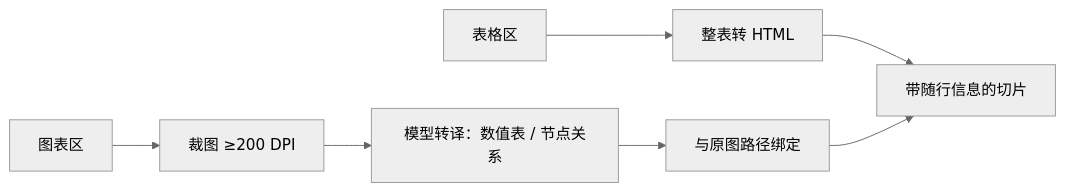
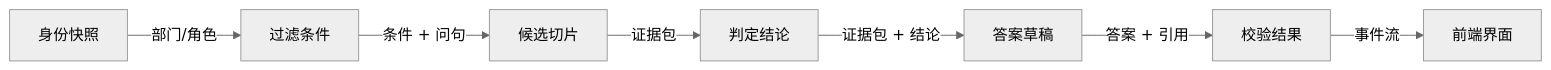
Before and after one commit to kvchen95/ai-rag: the second of 15 diagrams in 详细设计.md, drawn with Mermaid (neutral theme). The commit also changed other lines of this file, not shown here.

Commit message:
docs: 重写详细设计文档，按架构图集与概要设计细化

````diff
--- a/详细设计.md
+++ b/详细设计.md
@@ -208,9 +34,9 @@
 ```mermaid
 flowchart LR
-    T["表格区"] --> H["整表转 HTML"]
-    F["图表区"] --> C["裁图 ≥200 DPI"]
-    C --> V["模型转译：数值表 / 节点关系"]
-    V --> B["与原图路径绑定"]
-    H --> S["带随行信息的切片"]
-    B --> S
+    C1["身份快照"] -->|"部门/角色"| C2["过滤条件"]
+    C2 -->|"条件 + 问句"| C3["候选切片"]
+    C3 -->|"证据包"| C4["判定结论"]
+    C4 -->|"证据包 + 结论"| C5["答案草稿"]
+    C5 -->|"答案 + 引用"| C6["校验结果"]
+    C6 -->|"事件流"| C7["前端界面"]
 ```
````
